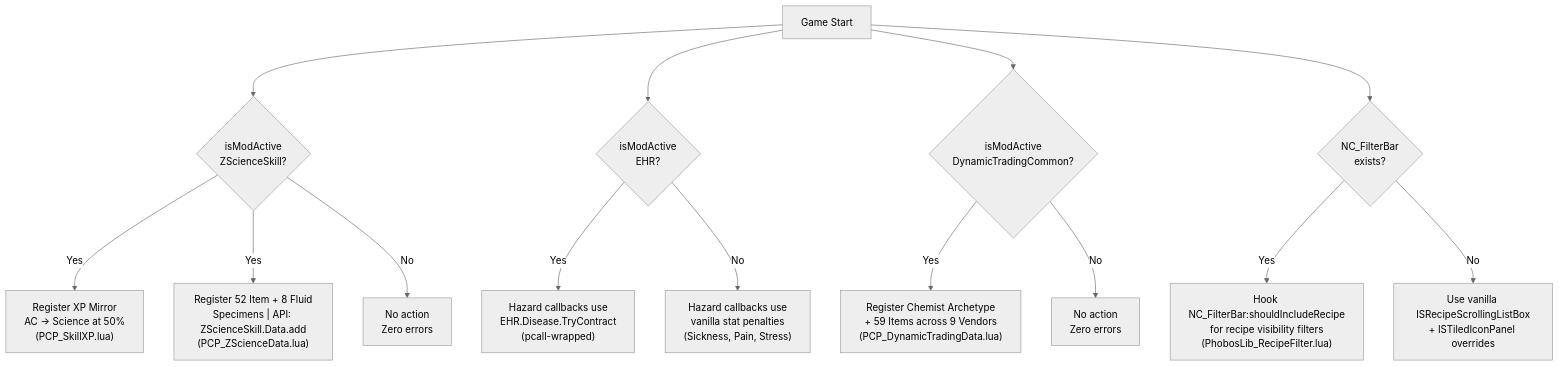
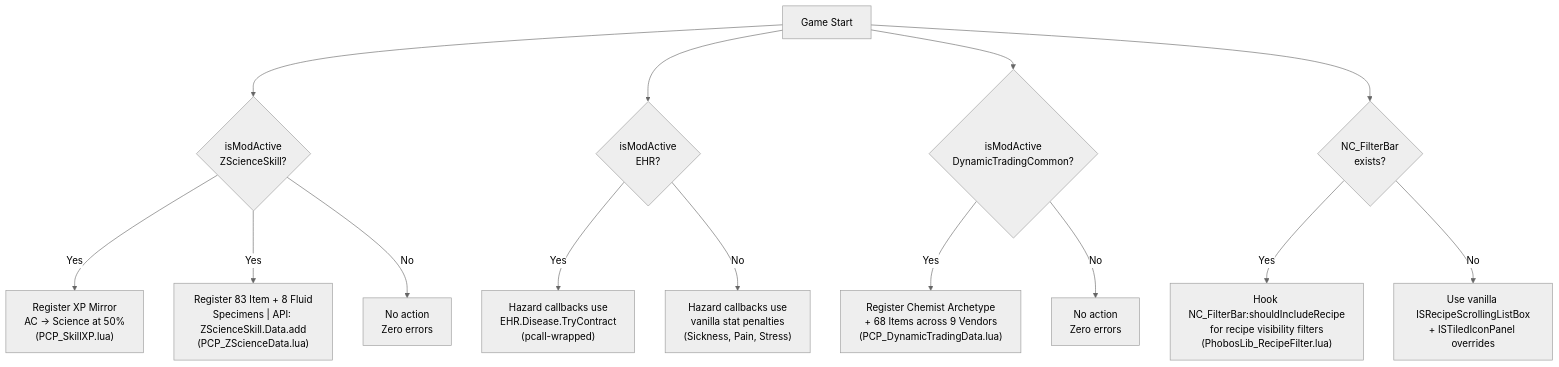
The second of 2 diagrams in docs/diagrams/architecture.md (phobos-dthorga/mod-pz-chemistry-pathways), drawn with Mermaid (neutral theme) before and after one commit. The commit also changed other lines of this file and 7 other files, not shown here.

Commit message:
docs: update diagrams and guides for v1.5.0

````diff
--- a/docs/diagrams/architecture.md
+++ b/docs/diagrams/architecture.md
@@ -90,21 +94,21 @@
 ```mermaid
 graph TB
     START["Game Start"] --> CHECK_ZSS{"isModActive<br/>ZScienceSkill?"}
     START --> CHECK_EHR{"isModActive<br/>EHR?"}
 
     CHECK_ZSS -->|"Yes"| ZSS_INIT["Register XP Mirror<br/>AC -> Science at 50%<br/>(PCP_SkillXP.lua)"]
-    CHECK_ZSS -->|"Yes"| ZSS_DATA["Register 52 Item + 8 Fluid<br/>Specimens | API: ZScienceSkill.Data.add<br/>(PCP_ZScienceData.lua)"]
+    CHECK_ZSS -->|"Yes"| ZSS_DATA["Register 83 Item + 8 Fluid<br/>Specimens | API: ZScienceSkill.Data.add<br/>(PCP_ZScienceData.lua)"]
     CHECK_ZSS -->|"No"| ZSS_SKIP["No action<br/>Zero errors"]
 
     CHECK_EHR -->|"Yes"| EHR_INIT["Hazard callbacks use<br/>EHR.Disease.TryContract<br/>(pcall-wrapped)"]
     CHECK_EHR -->|"No"| EHR_SKIP["Hazard callbacks use<br/>vanilla stat penalties<br/>(Sickness, Pain, Stress)"]
 
     START --> CHECK_DT{"isModActive<br/>DynamicTradingCommon?"}
     START --> CHECK_NC{"NC_FilterBar<br/>exists?"}
 
-    CHECK_DT -->|"Yes"| DT_INIT["Register Chemist Archetype<br/>+ 59 Items across 9 Vendors<br/>(PCP_DynamicTradingData.lua)"]
+    CHECK_DT -->|"Yes"| DT_INIT["Register Chemist Archetype<br/>+ 68 Items across 9 Vendors<br/>(PCP_DynamicTradingData.lua)"]
     CHECK_DT -->|"No"| DT_SKIP["No action<br/>Zero errors"]
 
     CHECK_NC -->|"Yes"| NC_INIT["Hook NC_FilterBar:shouldIncludeRecipe<br/>for recipe visibility filters<br/>(PhobosLib_RecipeFilter.lua)"]
     CHECK_NC -->|"No"| NC_SKIP["Use vanilla ISRecipeScrollingListBox<br/>+ ISTiledIconPanel overrides"]
 ```
````
